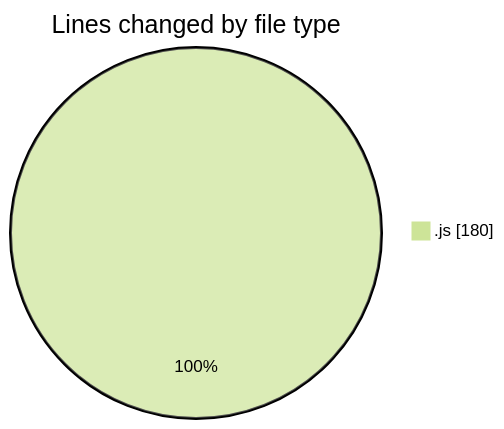
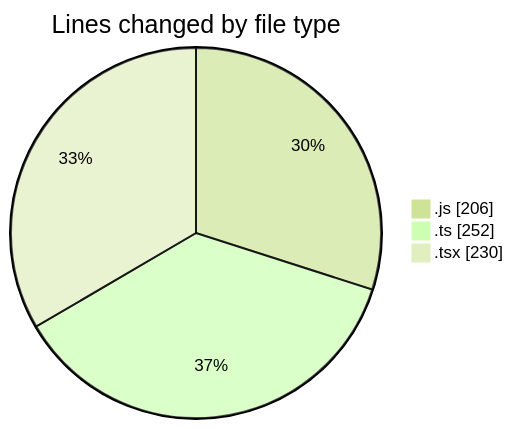
One commit to momahboobian/code-tracking changed the first of 2 diagrams in 2025-05-14/cda/README.md. Above: the diagram before and after it, drawn with Mermaid (forest theme). The commit also changed other lines of this file and 1 other file, not shown here.

````diff
--- a/2025-05-14/cda/README.md
+++ b/2025-05-14/cda/README.md
@@ -20,5 +24,7 @@
 ```mermaid
 pie showData
 title Lines changed by file type
-".js" : 180
+".js" : 206
+".ts" : 252
+".tsx" : 230
 ```
````
